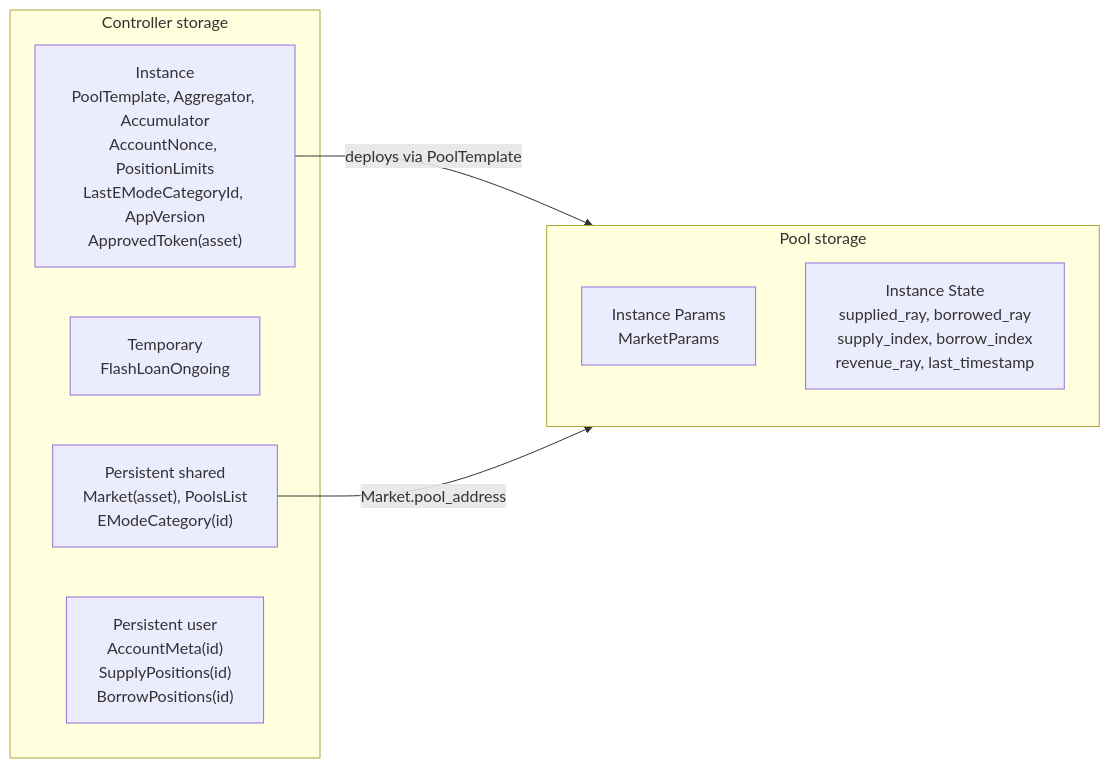
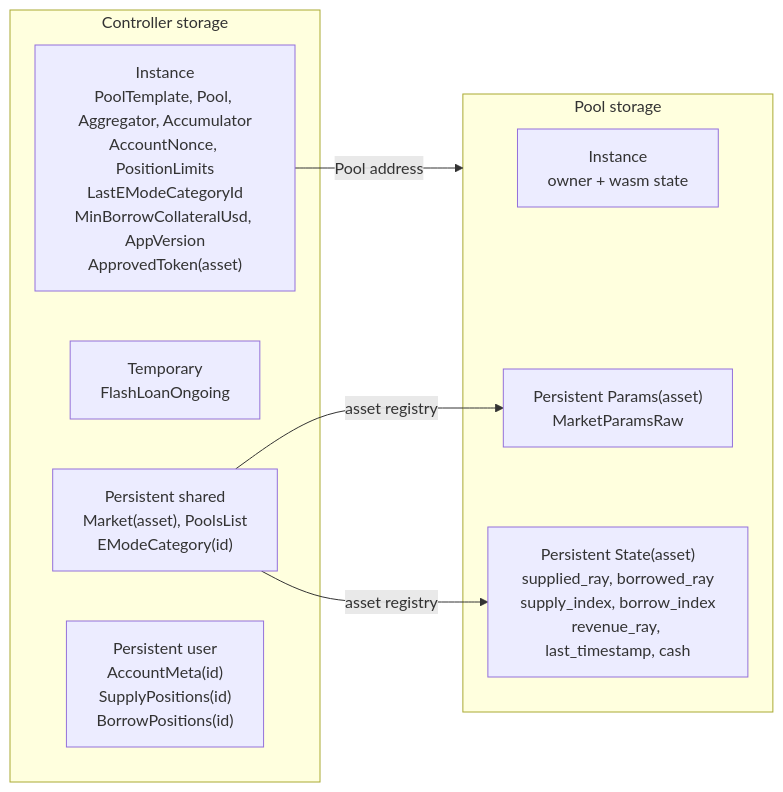
Before and after one commit to XOXNO/rs-lending-xlm: diagram 12 of 14 in SCF_BUILD_ARCHITECTURE.md, drawn with Mermaid. The commit also changed other lines of this file and 35 other files, not shown here.

````diff
--- a/SCF_BUILD_ARCHITECTURE.md
+++ b/SCF_BUILD_ARCHITECTURE.md
@@ -947,17 +1024,19 @@
 ```mermaid
 flowchart LR
     subgraph ControllerStorage["Controller storage"]
-        I["Instance<br/>PoolTemplate, Aggregator, Accumulator<br/>AccountNonce, PositionLimits<br/>LastEModeCategoryId, AppVersion<br/>ApprovedToken(asset)"]
+        I["Instance<br/>PoolTemplate, Pool, Aggregator, Accumulator<br/>AccountNonce, PositionLimits<br/>LastEModeCategoryId<br/>MinBorrowCollateralUsd, AppVersion<br/>ApprovedToken(asset)"]
         T["Temporary<br/>FlashLoanOngoing"]
         M["Persistent shared<br/>Market(asset), PoolsList<br/>EModeCategory(id)"]
         U["Persistent user<br/>AccountMeta(id)<br/>SupplyPositions(id)<br/>BorrowPositions(id)"]
     end
 
     subgraph PoolStorage["Pool storage"]
-        PS["Instance Params<br/>MarketParams"]
-        ST["Instance State<br/>supplied_ray, borrowed_ray<br/>supply_index, borrow_index<br/>revenue_ray, last_timestamp"]
+        PI["Instance<br/>owner + wasm state"]
+        PS["Persistent Params(asset)<br/>MarketParamsRaw"]
+        ST["Persistent State(asset)<br/>supplied_ray, borrowed_ray<br/>supply_index, borrow_index<br/>revenue_ray, last_timestamp, cash"]
     end
 
-    I -->|"deploys via PoolTemplate"| PoolStorage
-    M -->|"Market.pool_address"| PoolStorage
+    I -->|"Pool address"| PoolStorage
+    M -->|"asset registry"| PS
+    M -->|"asset registry"| ST
 ```
````
